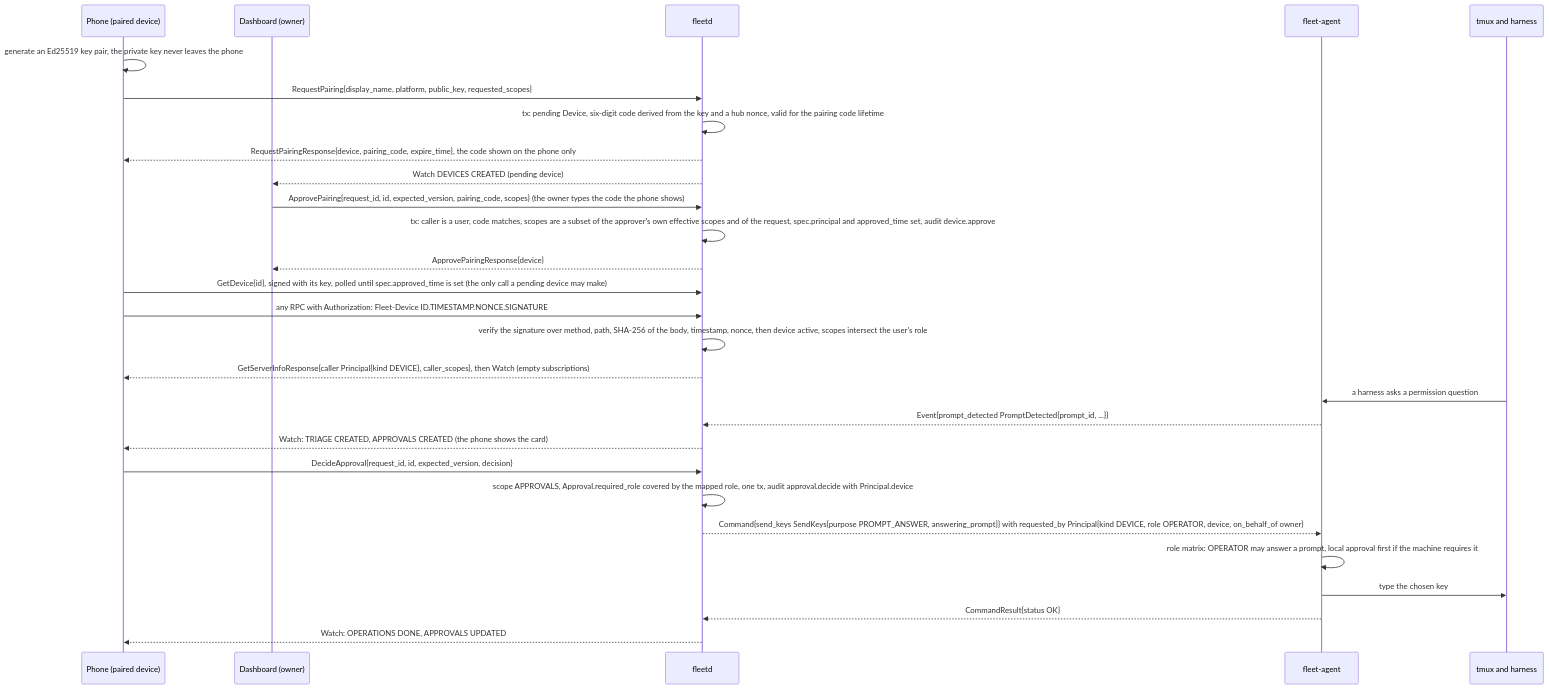
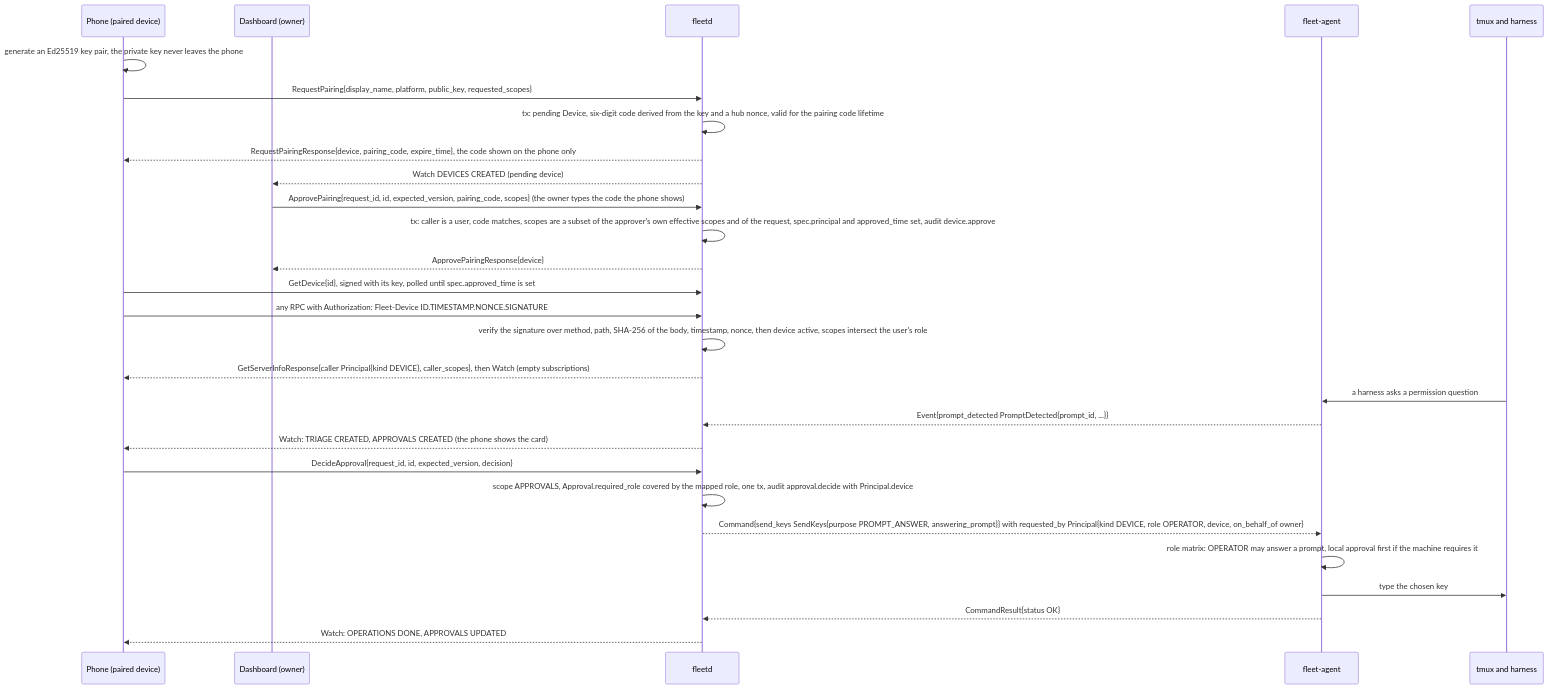
Before and after one commit to linuxdynasty/fleet-board: the diagram in docs/specs/02d-hub-authz.md, drawn with Mermaid. The commit also changed other lines of this file and 16 other files, not shown here.

````diff
--- a/docs/specs/02d-hub-authz.md
+++ b/docs/specs/02d-hub-authz.md
@@ -315,30 +316,30 @@
 ```mermaid
 sequenceDiagram
   participant P as Phone (paired device)
   participant D as Dashboard (owner)
   participant H as fleetd
   participant A as fleet-agent
   participant T as tmux and harness
   P->>P: generate an Ed25519 key pair, the private key never leaves the phone
   P->>H: RequestPairing{display_name, platform, public_key, requested_scopes}
   H->>H: tx: pending Device, six-digit code derived from the key and a hub nonce, valid for the pairing code lifetime
   H-->>P: RequestPairingResponse{device, pairing_code, expire_time}, the code shown on the phone only
   H-->>D: Watch DEVICES CREATED (pending device)
   D->>H: ApprovePairing{request_id, id, expected_version, pairing_code, scopes} (the owner types the code the phone shows)
   H->>H: tx: caller is a user, code matches, scopes are a subset of the approver's own effective scopes and of the request, spec.principal and approved_time set, audit device.approve
   H-->>D: ApprovePairingResponse{device}
-  P->>H: GetDevice{id}, signed with its key, polled until spec.approved_time is set (the only call a pending device may make)
+  P->>H: GetDevice{id}, signed with its key, polled until spec.approved_time is set
   P->>H: any RPC with Authorization: Fleet-Device ID.TIMESTAMP.NONCE.SIGNATURE
   H->>H: verify the signature over method, path, SHA-256 of the body, timestamp, nonce, then device active, scopes intersect the user's role
   H-->>P: GetServerInfoResponse{caller Principal{kind DEVICE}, caller_scopes}, then Watch (empty subscriptions)
   T->>A: a harness asks a permission question
   A-->>H: Event{prompt_detected PromptDetected{prompt_id, ...}}
   H-->>P: Watch: TRIAGE CREATED, APPROVALS CREATED (the phone shows the card)
   P->>H: DecideApproval{request_id, id, expected_version, decision}
   H->>H: scope APPROVALS, Approval.required_role covered by the mapped role, one tx, audit approval.decide with Principal.device
   H-->>A: Command{send_keys SendKeys{purpose PROMPT_ANSWER, answering_prompt}} with requested_by Principal{kind DEVICE, role OPERATOR, device, on_behalf_of owner}
   A->>A: role matrix: OPERATOR may answer a prompt, local approval first if the machine requires it
   A->>T: type the chosen key
   A-->>H: CommandResult{status OK}
   H-->>P: Watch: OPERATIONS DONE, APPROVALS UPDATED
 ```
````
